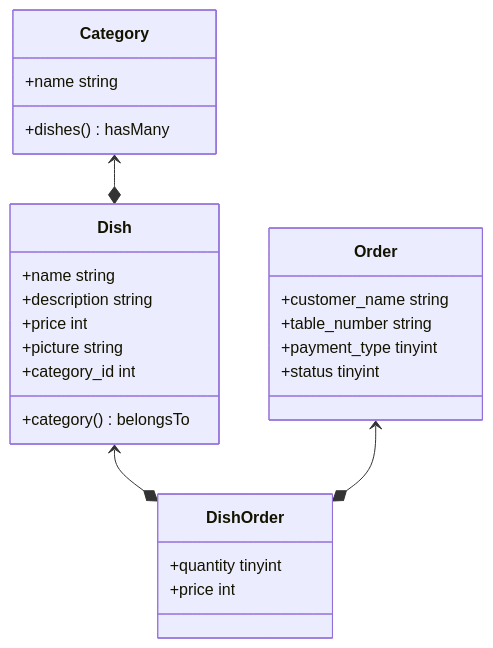
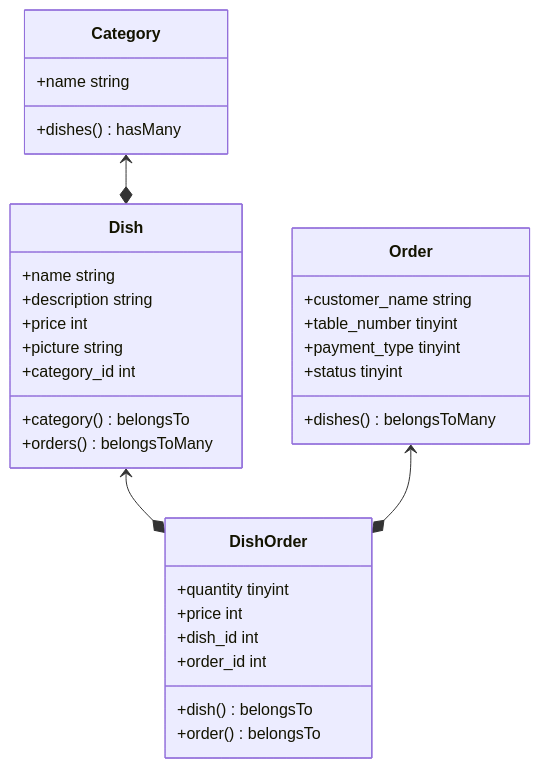
One commit to aggunawan/cafe changed the diagram in erd.md. Above: the diagram before and after it, drawn with Mermaid. The commit also changed 7 other files, not shown here.

Commit message:
create Category, Dish, Order table

````diff
--- a/erd.md
+++ b/erd.md
@@ -3,32 +3,38 @@
 ```mermaid
 classDiagram
 	Category <--* Dish
 	Dish <--* DishOrder
 	Order <--* DishOrder
 	
 	class Category {
 		+name string
 		+dishes() hasMany
 	}
 	
 	class Dish {
 		+name string
 		+description string
 		+price int
 		+picture string
 		+category_id int
 		+category() belongsTo
+		+orders() belongsToMany
 	}
 	
 	class Order {
 		+customer_name string
-		+table_number string
+		+table_number tinyint
 		+payment_type tinyint
 		+status tinyint
+		+dishes() belongsToMany
 	}
 	
 	class DishOrder {
 		+quantity tinyint
 		+price int
+		+dish_id int
+		+order_id int
+		+dish() belongsTo
+		+order() belongsTo
 	}
 ```
````
